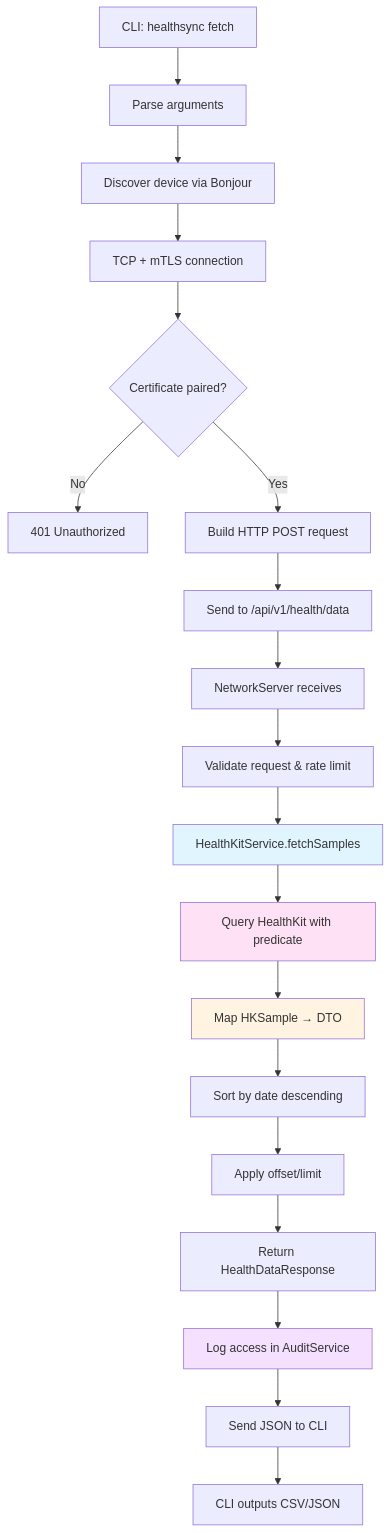
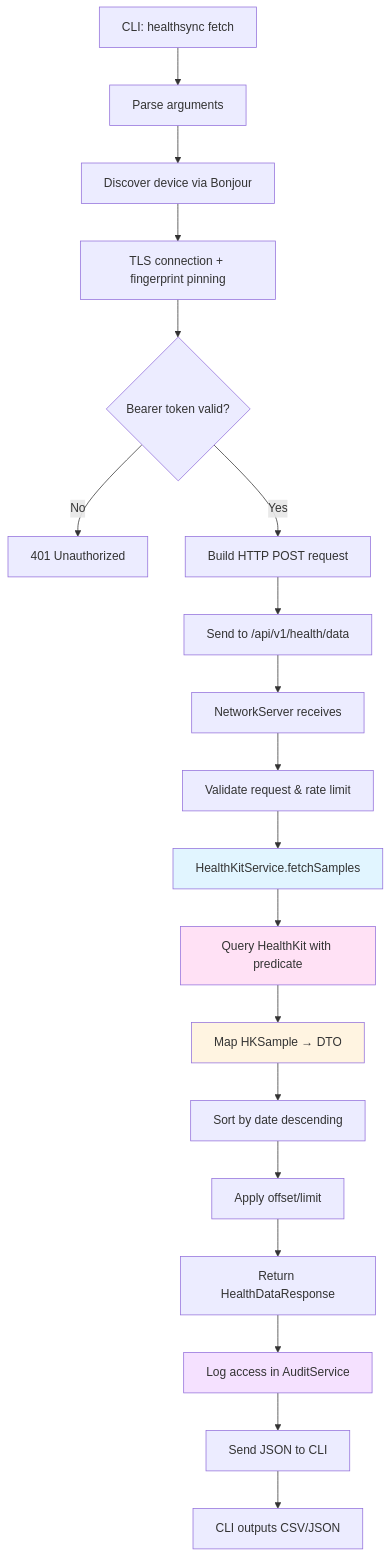
The sixth of 11 diagrams in DOCS/reference/architecture.md (mneves75/ai-health-sync-ios), drawn with Mermaid before and after one commit. The commit also changed other lines of this file and 109 other files, not shown here.

````diff
--- a/DOCS/reference/architecture.md
+++ b/DOCS/reference/architecture.md
@@ -220,33 +220,33 @@
 ```mermaid
 flowchart TD
     Start[CLI: healthsync fetch] --> Parse[Parse arguments]
     Parse --> Discover[Discover device via Bonjour]
-    Discover --> Connect[TCP + mTLS connection]
+    Discover --> Connect[TLS connection + fingerprint pinning]
 
-    Connect --> Auth{Certificate paired?}
+    Connect --> Auth{Bearer token valid?}
 
     Auth -->|No| Error[401 Unauthorized]
     Auth -->|Yes| BuildRequest[Build HTTP POST request]
 
     BuildRequest --> Send[Send to /api/v1/health/data]
     Send --> Receive[NetworkServer receives]
 
     Receive --> Validate[Validate request & rate limit]
     Validate --> Fetch[HealthKitService.fetchSamples]
 
     Fetch --> Query[Query HealthKit with predicate]
     Query --> Map[Map HKSample → DTO]
 
     Map --> Sort[Sort by date descending]
     Sort --> Paginate[Apply offset/limit]
     Paginate --> Response[Return HealthDataResponse]
 
     Response --> Audit[Log access in AuditService]
     Audit --> SendResponse[Send JSON to CLI]
     SendResponse --> Output[CLI outputs CSV/JSON]
 
     style Fetch fill:#e1f5ff
     style Query fill:#ffe1f5
     style Map fill:#fff4e1
     style Audit fill:#f5e1ff
 ```
````
